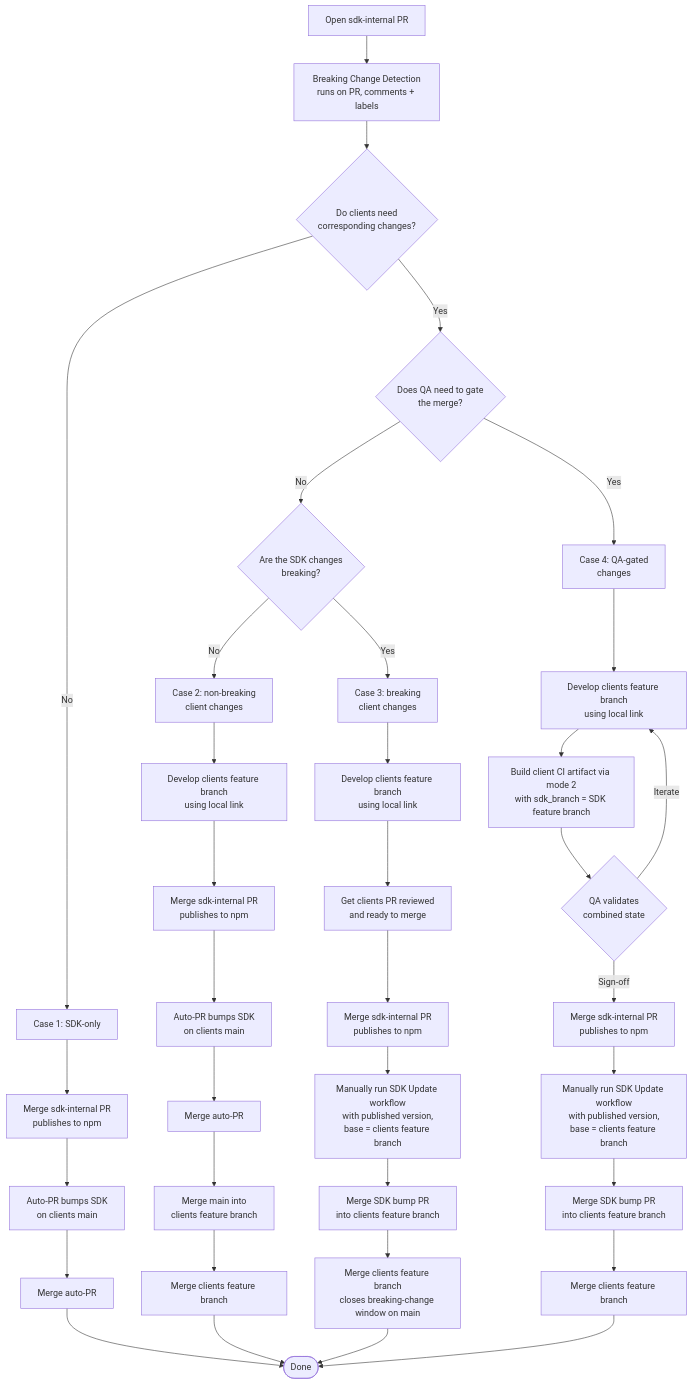
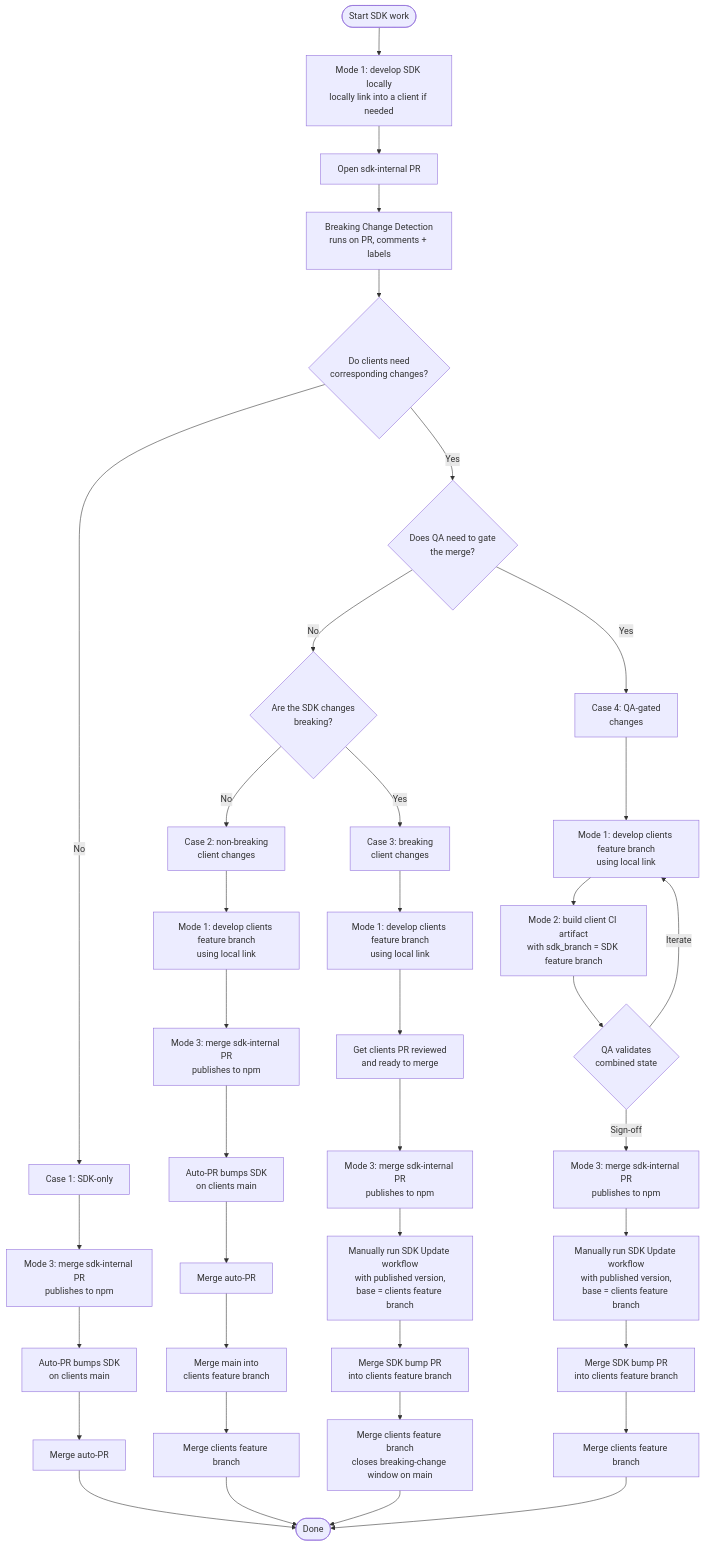
One commit to bitwarden/sdk-internal changed the diagram in README.md. Above: the diagram before and after it, drawn with Mermaid. The commit also changed other lines of this file, not shown here.

Commit message:
Restructured diagram.

````diff
--- a/README.md
+++ b/README.md
@@ -277,42 +104,44 @@
 ```mermaid
 flowchart TD
-    A[Open sdk-internal PR] --> B["Breaking Change Detection\nruns on PR, comments + labels"]
-    B --> C{"Do clients need\ncorresponding changes?"}
+    Start([Start SDK work]) --> M1["Mode 1: develop SDK locally\nlocally link into a client if needed"]
+    M1 --> OpenPR[Open sdk-internal PR]
+    OpenPR --> BCD["Breaking Change Detection\nruns on PR, comments + labels"]
+    BCD --> C{"Do clients need\ncorresponding changes?"}
     C -->|No| Case1[Case 1: SDK-only]
     C -->|Yes| Q{"Does QA need to gate\nthe merge?"}
     Q -->|Yes| Case4["Case 4: QA-gated\nchanges"]
     Q -->|No| D{"Are the SDK changes\nbreaking?"}
     D -->|No| Case2["Case 2: non-breaking\nclient changes"]
     D -->|Yes| Case3["Case 3: breaking\nclient changes"]
 
-    Case1 --> F1["Merge sdk-internal PR\npublishes to npm"]
+    Case1 --> F1["Mode 3: merge sdk-internal PR\npublishes to npm"]
     F1 --> F2["Auto-PR bumps SDK\non clients main"]
     F2 --> F3[Merge auto-PR]
     F3 --> Z([Done])
 
-    Case2 --> G1["Develop clients feature branch\nusing local link"]
-    G1 --> G2["Merge sdk-internal PR\npublishes to npm"]
+    Case2 --> G1["Mode 1: develop clients feature branch\nusing local link"]
+    G1 --> G2["Mode 3: merge sdk-internal PR\npublishes to npm"]
     G2 --> G3["Auto-PR bumps SDK\non clients main"]
     G3 --> G4[Merge auto-PR]
     G4 --> G5["Merge main into\nclients feature branch"]
     G5 --> G6[Merge clients feature branch]
     G6 --> Z
 
-    Case3 --> H1["Develop clients feature branch\nusing local link"]
+    Case3 --> H1["Mode 1: develop clients feature branch\nusing local link"]
     H1 --> H2["Get clients PR reviewed\nand ready to merge"]
-    H2 --> H3["Merge sdk-internal PR\npublishes to npm"]
+    H2 --> H3["Mode 3: merge sdk-internal PR\npublishes to npm"]
     H3 --> H4["Manually run SDK Update workflow\nwith published version,\nbase = clients feature branch"]
     H4 --> H5["Merge SDK bump PR\ninto clients feature branch"]
     H5 --> H6["Merge clients feature branch\ncloses breaking-change window on main"]
     H6 --> Z
 
-    Case4 --> I1["Develop clients feature branch\nusing local link"]
-    I1 --> I2["Build client CI artifact via mode 2\nwith sdk_branch = SDK feature branch"]
+    Case4 --> I1["Mode 1: develop clients feature branch\nusing local link"]
+    I1 --> I2["Mode 2: build client CI artifact\nwith sdk_branch = SDK feature branch"]
     I2 --> I3{"QA validates\ncombined state"}
     I3 -->|Iterate| I1
-    I3 -->|Sign-off| I4["Merge sdk-internal PR\npublishes to npm"]
+    I3 -->|Sign-off| I4["Mode 3: merge sdk-internal PR\npublishes to npm"]
     I4 --> I5["Manually run SDK Update workflow\nwith published version,\nbase = clients feature branch"]
     I5 --> I6["Merge SDK bump PR\ninto clients feature branch"]
     I6 --> I7["Merge clients feature branch"]
     I7 --> Z
 ```
````
